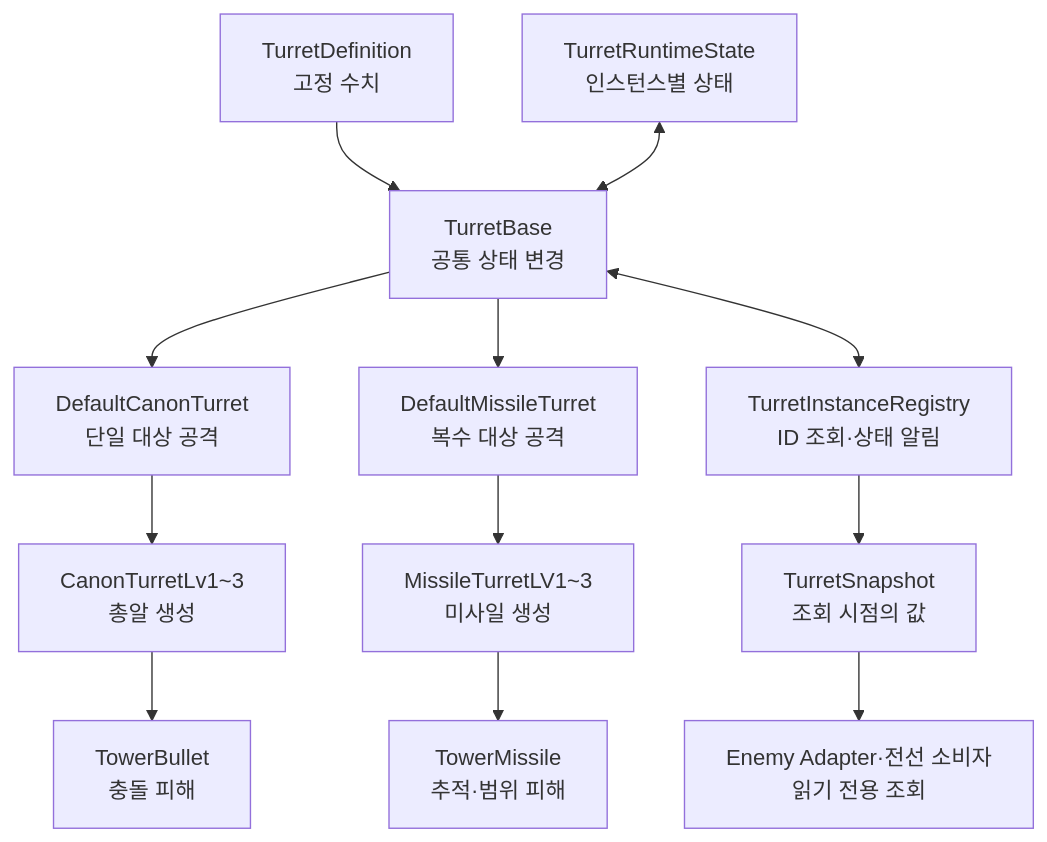
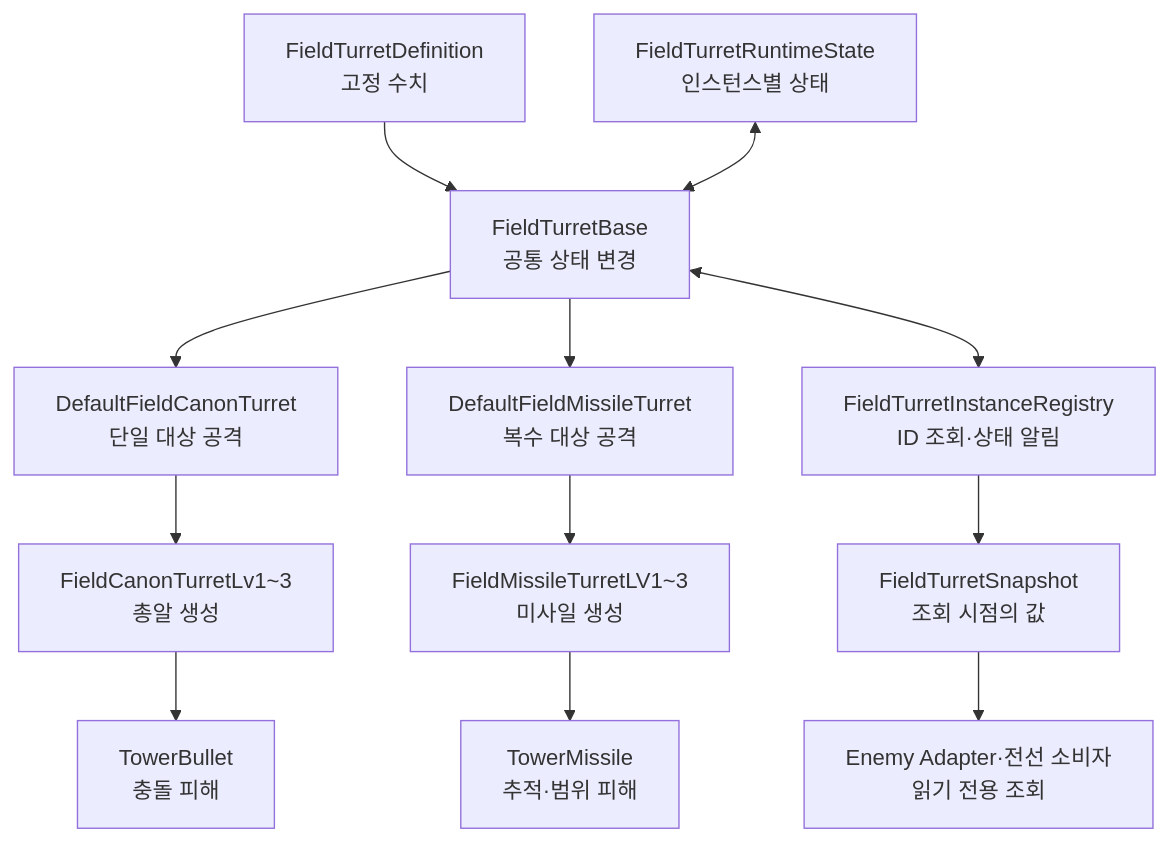
Before and after one commit to Team-HJD-21/unity-6-the-developer: the second of 17 diagrams in Docs/architecture/turret-system-guide.md, drawn with Mermaid. The commit also changed other lines of this file and 12 other files, not shown here.

Commit message:
docs(field-turret): update names and migration guide

````diff
--- a/Docs/architecture/turret-system-guide.md
+++ b/Docs/architecture/turret-system-guide.md
@@ -89,14 +91,14 @@
 ```mermaid
 flowchart TD
-    Definition["TurretDefinition<br>고정 수치"] --> Base["TurretBase<br>공통 상태 변경"]
-    State["TurretRuntimeState<br>인스턴스별 상태"] <--> Base
-    Base --> Canon["DefaultCanonTurret<br>단일 대상 공격"]
-    Base --> Missile["DefaultMissileTurret<br>복수 대상 공격"]
-    Canon --> CanonLv["CanonTurretLv1~3<br>총알 생성"]
-    Missile --> MissileLv["MissileTurretLV1~3<br>미사일 생성"]
+    Definition["FieldTurretDefinition<br>고정 수치"] --> Base["FieldTurretBase<br>공통 상태 변경"]
+    State["FieldTurretRuntimeState<br>인스턴스별 상태"] <--> Base
+    Base --> Canon["DefaultFieldCanonTurret<br>단일 대상 공격"]
+    Base --> Missile["DefaultFieldMissileTurret<br>복수 대상 공격"]
+    Canon --> CanonLv["FieldCanonTurretLv1~3<br>총알 생성"]
+    Missile --> MissileLv["FieldMissileTurretLV1~3<br>미사일 생성"]
     CanonLv --> Bullet["TowerBullet<br>충돌 피해"]
     MissileLv --> Projectile["TowerMissile<br>추적·범위 피해"]
-    Base <--> Registry["TurretInstanceRegistry<br>ID 조회·상태 알림"]
-    Registry --> Snapshot["TurretSnapshot<br>조회 시점의 값"]
+    Base <--> Registry["FieldTurretInstanceRegistry<br>ID 조회·상태 알림"]
+    Registry --> Snapshot["FieldTurretSnapshot<br>조회 시점의 값"]
     Snapshot --> Consumers["Enemy Adapter·전선 소비자<br>읽기 전용 조회"]
 ```
````
